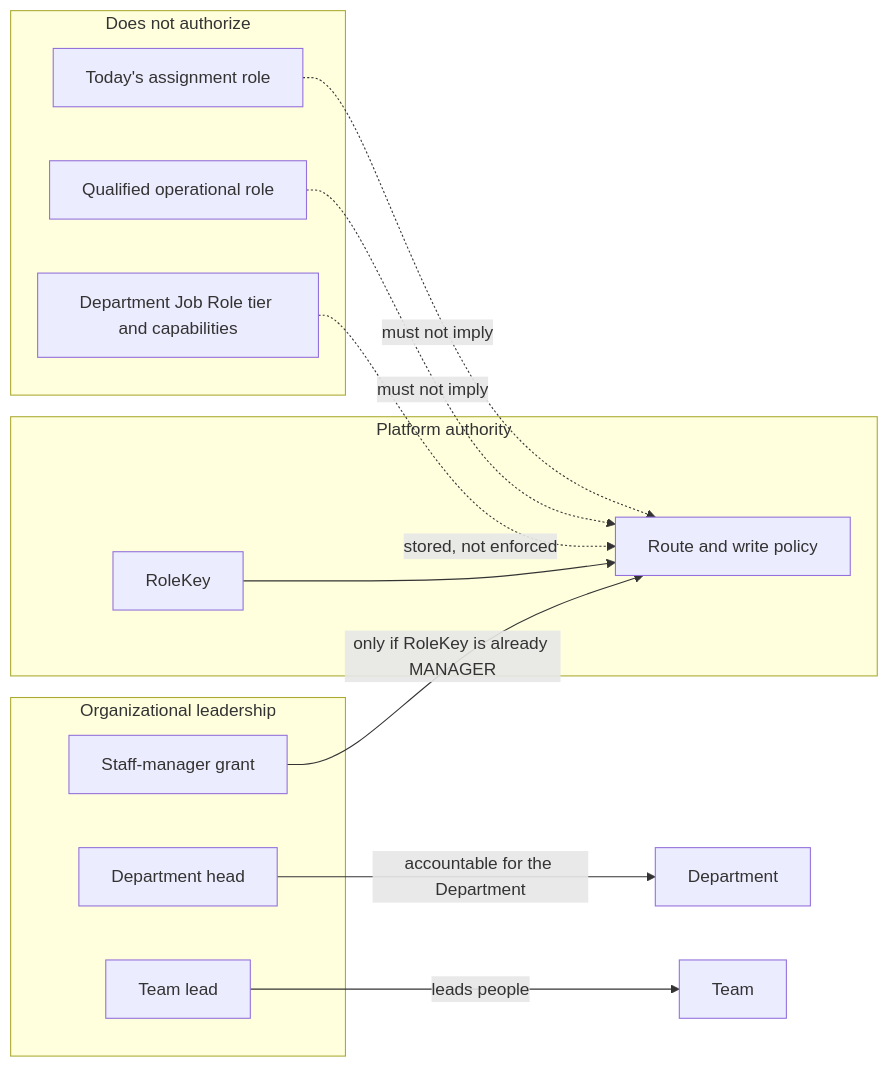
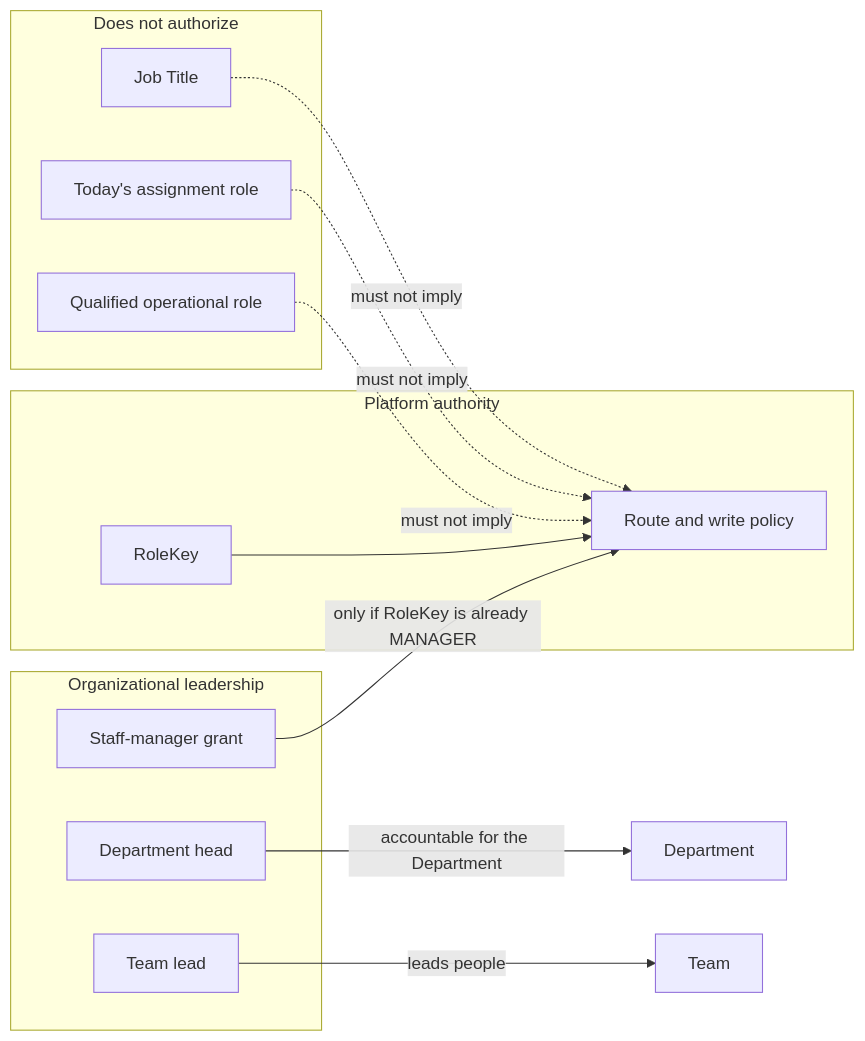
The diagram in docs/employee-builder/visuals/04-management-and-authorization.md (ADTrauts/LTC-Manager), drawn with Mermaid before and after one commit. The commit also changed 113 other files, not shown here.

````diff
--- a/docs/employee-builder/visuals/04-management-and-authorization.md
+++ b/docs/employee-builder/visuals/04-management-and-authorization.md
@@ -5,27 +5,27 @@
 ```mermaid
 flowchart LR
   subgraph org [Organizational leadership]
     HEAD[Department head]
     LEAD[Team lead]
     GRANT[Staff-manager grant]
   end
 
   subgraph plat [Platform authority]
     RK[RoleKey]
     POL[Route and write policy]
   end
 
   subgraph notauth [Does not authorize]
-    TIER[Department Job Role tier and capabilities]
     QUAL[Qualified operational role]
     ASN[Today's assignment role]
+    TITLE[Job Title]
   end
 
   HEAD -->|accountable for the Department| DEPT[Department]
   LEAD -->|leads people| TEAM[Team]
   GRANT -->|only if RoleKey is already MANAGER| POL
   RK --> POL
-  TIER -.->|stored, not enforced| POL
   QUAL -.->|must not imply| POL
   ASN -.->|must not imply| POL
+  TITLE -.->|must not imply| POL
 ```
````
